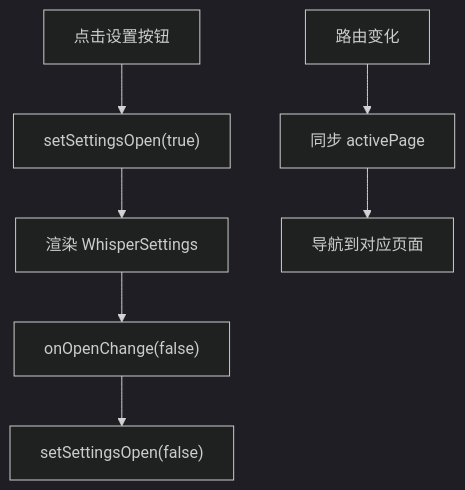
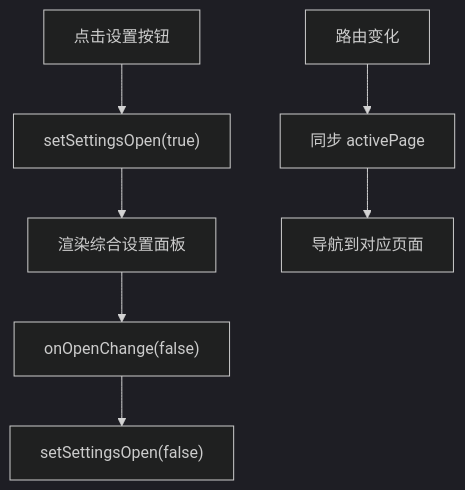
The ninth of 17 diagrams in .qoder/repowiki/zh/content/UI 组件系统/UI 组件系统.md (clawbotai/memo-flow), drawn with Mermaid (dark theme) before and after one commit. The commit also changed other lines of this file and 14 other files, not shown here.

````diff
--- a/.qoder/repowiki/zh/content/UI 组件系统/UI 组件系统.md
+++ b/.qoder/repowiki/zh/content/UI 组件系统/UI 组件系统.md
@@ -530,9 +560,9 @@
 ```mermaid
 flowchart TD
 Open["点击设置按钮"] --> SetOpen["setSettingsOpen(true)"]
-SetOpen --> RenderWS["渲染 WhisperSettings"]
+SetOpen --> RenderWS["渲染综合设置面板"]
 RenderWS --> Close["onOpenChange(false)"]
 Close --> SetOpenFalse["setSettingsOpen(false)"]
 RouteSync["路由变化"] --> SyncActive["同步 activePage"]
 SyncActive --> Navigate["导航到对应页面"]
 ```
````
